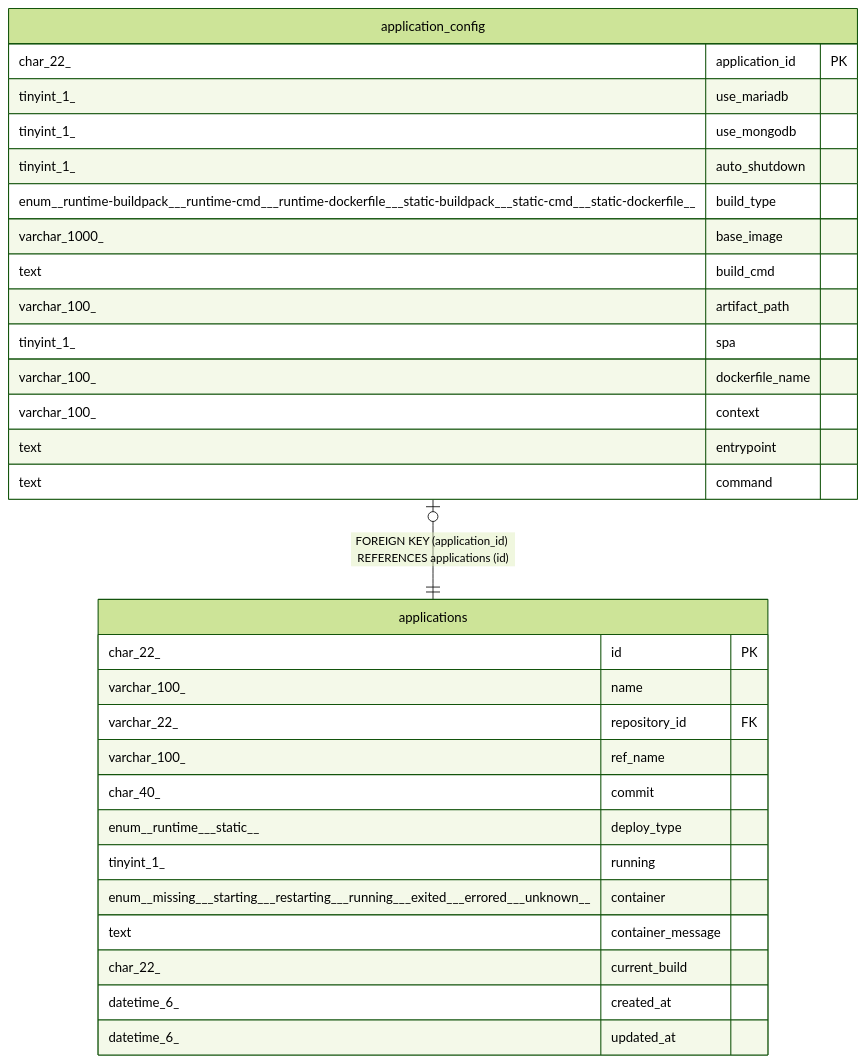
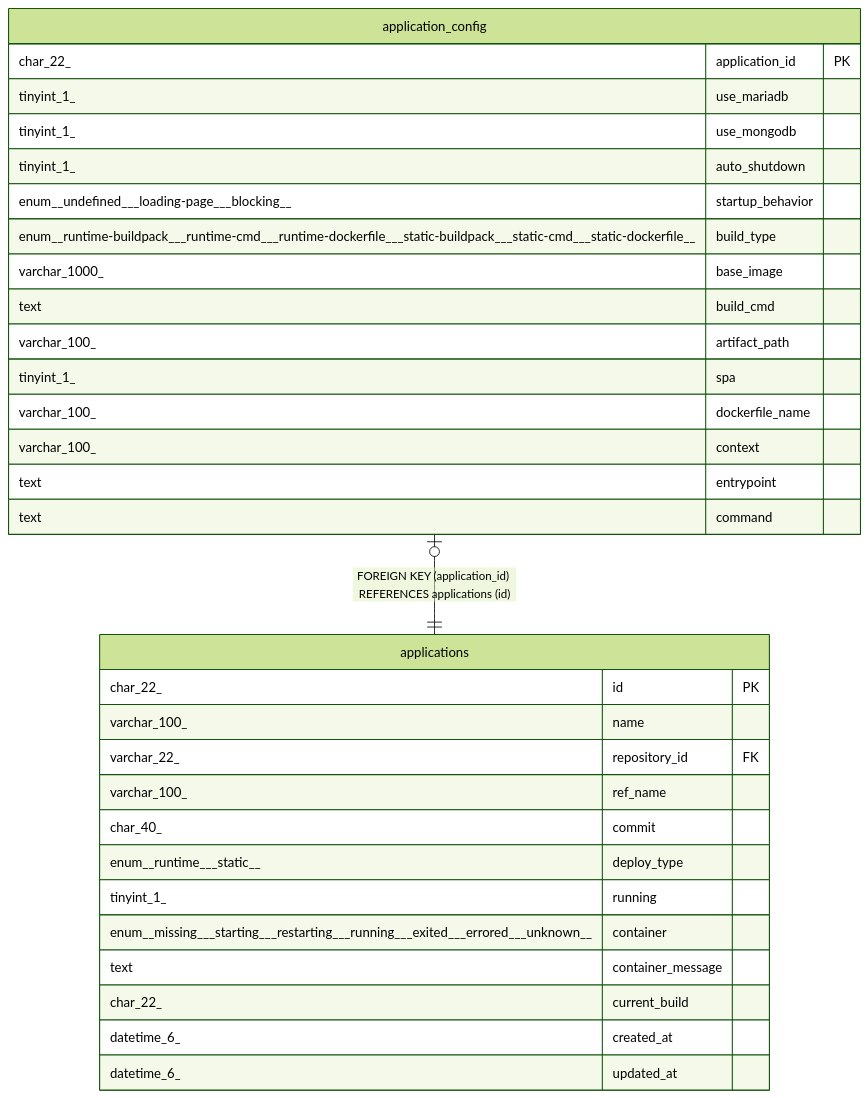
Before and after one commit to traPtitech/NeoShowcase: the diagram in docs/dbschema/application_config.md, drawn with Mermaid (forest theme). The commit also changed other lines of this file and 14 other files, not shown here.

````diff
--- a/docs/dbschema/application_config.md
+++ b/docs/dbschema/application_config.md
@@ -65,35 +67,36 @@
 ```mermaid
 erDiagram
 
 "application_config" |o--|| "applications" : "FOREIGN KEY (application_id) REFERENCES applications (id)"
 
 "application_config" {
   char_22_ application_id PK
   tinyint_1_ use_mariadb
   tinyint_1_ use_mongodb
   tinyint_1_ auto_shutdown
+  enum__undefined___loading-page___blocking__ startup_behavior
   enum__runtime-buildpack___runtime-cmd___runtime-dockerfile___static-buildpack___static-cmd___static-dockerfile__ build_type
   varchar_1000_ base_image
   text build_cmd
   varchar_100_ artifact_path
   tinyint_1_ spa
   varchar_100_ dockerfile_name
   varchar_100_ context
   text entrypoint
   text command
 }
 "applications" {
   char_22_ id PK
   varchar_100_ name
   varchar_22_ repository_id FK
   varchar_100_ ref_name
   char_40_ commit
   enum__runtime___static__ deploy_type
   tinyint_1_ running
   enum__missing___starting___restarting___running___exited___errored___unknown__ container
   text container_message
   char_22_ current_build
   datetime_6_ created_at
   datetime_6_ updated_at
 }
 ```
````
